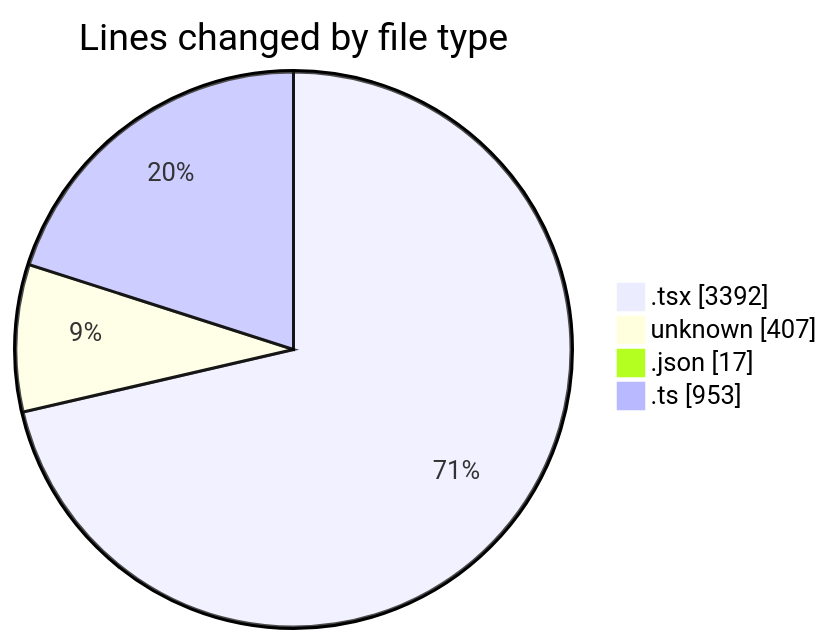
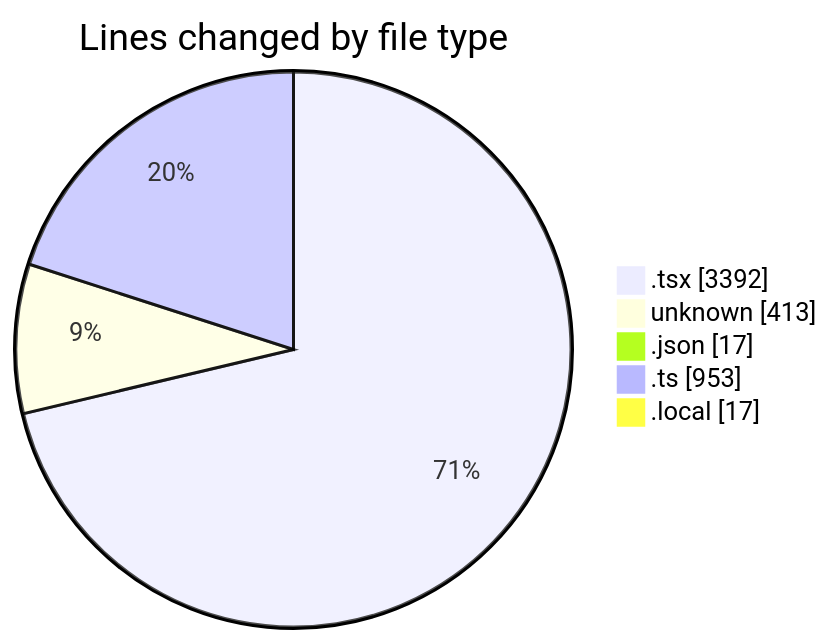
The first of 2 diagrams in 2025-06-20/archive/README.md (JenPaints/code-tracking), drawn with Mermaid before and after one commit. The commit also changed other lines of this file and 1 other file, not shown here.

````diff
--- a/2025-06-20/archive/README.md
+++ b/2025-06-20/archive/README.md
@@ -34,8 +36,9 @@
 ```mermaid
 pie showData
 title Lines changed by file type
 ".tsx" : 3392
-"unknown" : 407
+"unknown" : 413
 ".json" : 17
 ".ts" : 953
+".local" : 17
 ```
````
